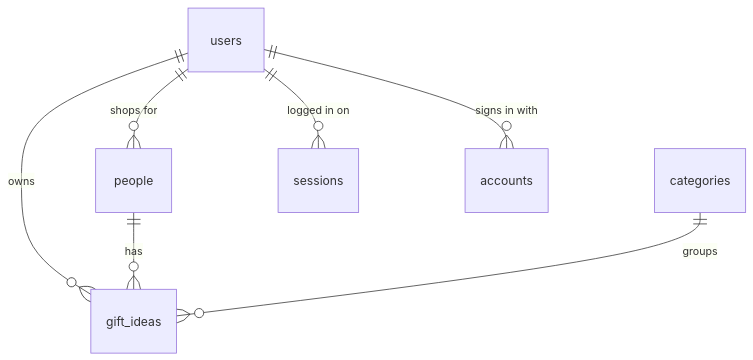
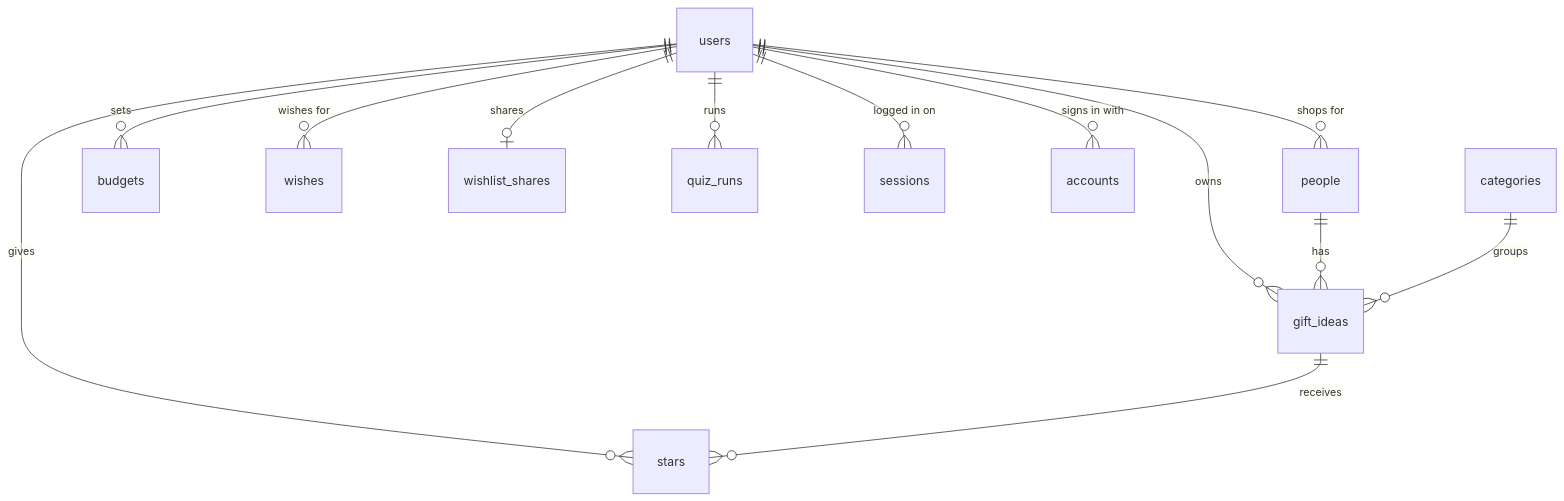
The diagram in schema.md (ankita-punjani/presently), drawn with Mermaid before and after one commit. The commit also changed other lines of this file and 4 other files, not shown here.

Commit message:
Add Plan vs. Reality, full schema and README

````diff
--- a/schema.md
+++ b/schema.md
@@ -5,9 +5,15 @@
 ```mermaid
 erDiagram
     users ||--o{ people : "shops for"
     users ||--o{ gift_ideas : owns
+    users ||--o{ budgets : sets
+    users ||--o{ stars : gives
+    users ||--o{ wishes : "wishes for"
+    users ||--o| wishlist_shares : shares
+    users ||--o{ quiz_runs : runs
+    users ||--o{ sessions : "logged in on"
+    users ||--o{ accounts : "signs in with"
     people ||--o{ gift_ideas : has
     categories ||--o{ gift_ideas : groups
-    users ||--o{ sessions : "logged in on"
-    users ||--o{ accounts : "signs in with"
+    gift_ideas ||--o{ stars : receives
 ```
````
